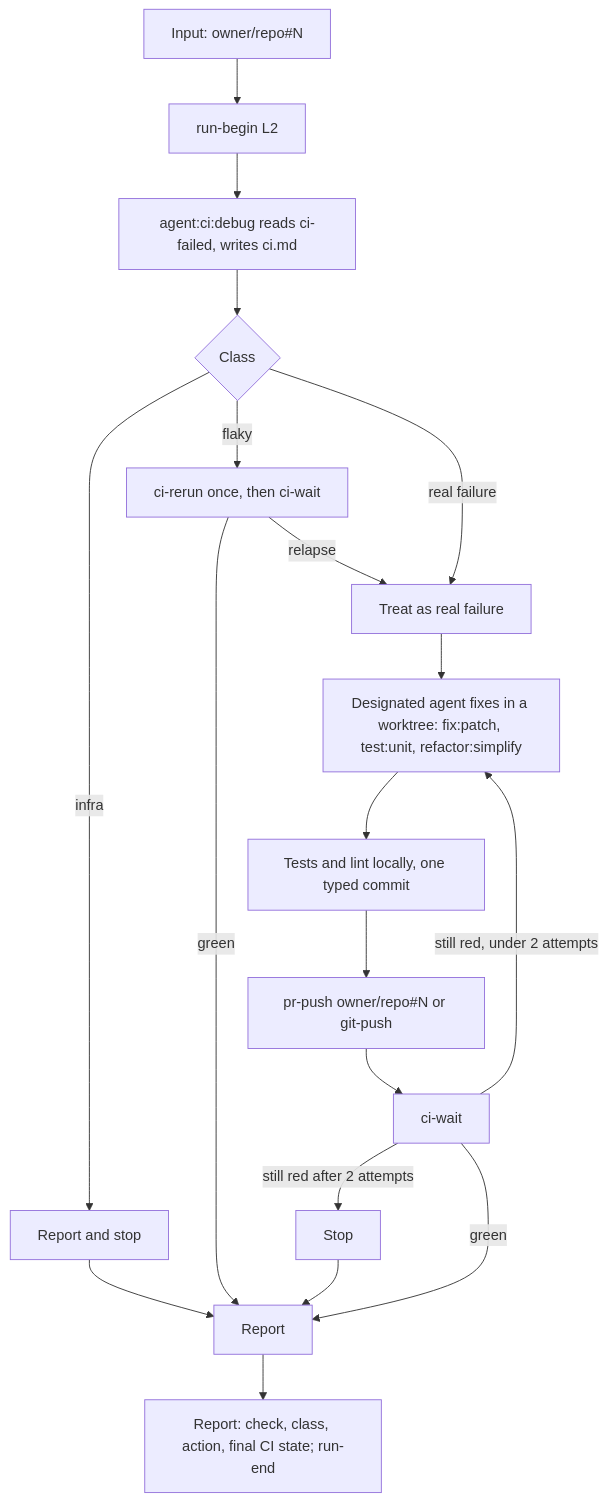
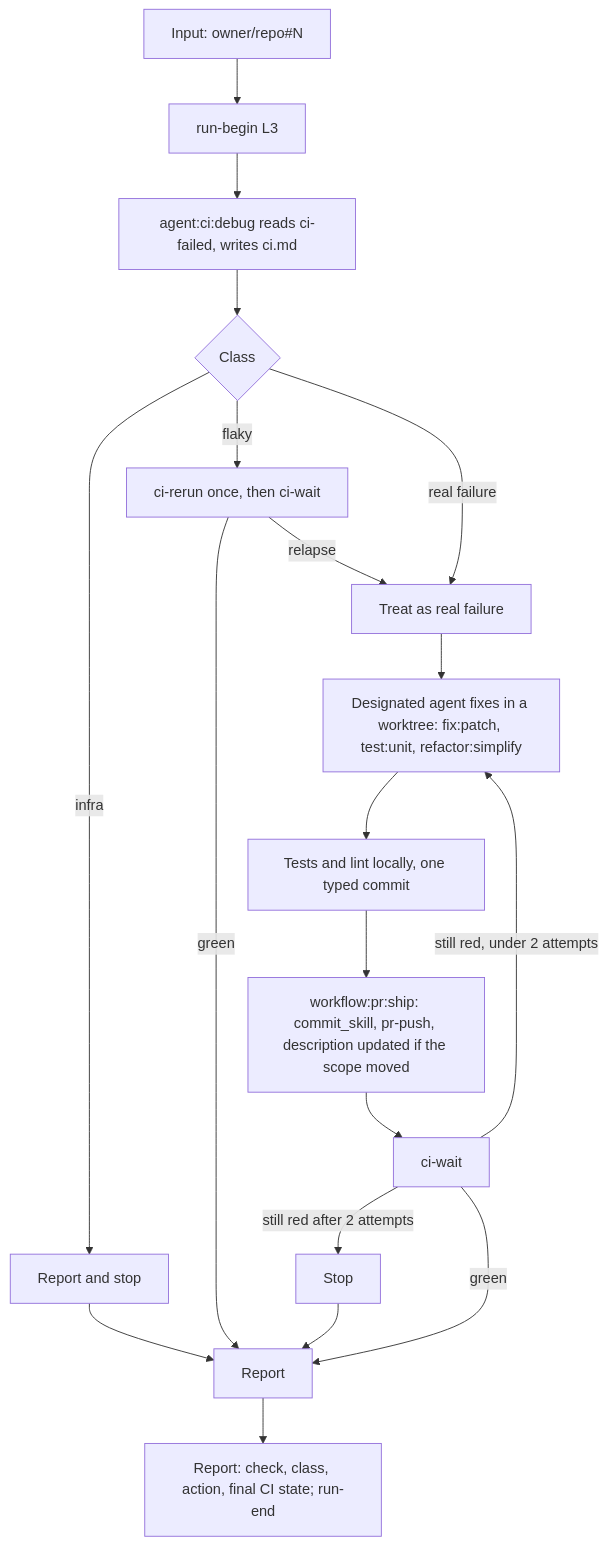
Before and after one commit to nicolasmondain/adorno: the diagram in src/workflows/ci/SCHEMA.md, drawn with Mermaid. The commit also changed 142 other files, not shown here.

````diff
--- a/src/workflows/ci/SCHEMA.md
+++ b/src/workflows/ci/SCHEMA.md
@@ -5,21 +5,21 @@
 ```mermaid
 flowchart TD
-  A["Input: owner/repo#N"] --> B["run-begin L2"]
+  A["Input: owner/repo#N"] --> B["run-begin L3"]
   B --> C["agent:ci:debug reads ci-failed, writes ci.md"]
   C --> D{"Class"}
   D -->|"infra"| E["Report and stop"]
   D -->|"flaky"| F["ci-rerun once, then ci-wait"]
   F -->|"green"| K["Report"]
   F -->|"relapse"| G["Treat as real failure"]
   D -->|"real failure"| G
   G --> H["Designated agent fixes in a worktree: fix:patch, test:unit, refactor:simplify"]
   H --> I["Tests and lint locally, one typed commit"]
-  I --> J["pr-push owner/repo#N or git-push"]
+  I --> J["workflow:pr:ship: commit_skill, pr-push, description updated if the scope moved"]
   J --> L["ci-wait"]
   L -->|"still red, under 2 attempts"| H
   L -->|"still red after 2 attempts"| M["Stop"]
   L -->|"green"| K
   E --> K
   M --> K
   K --> N["Report: check, class, action, final CI state; run-end"]
 ```
````
